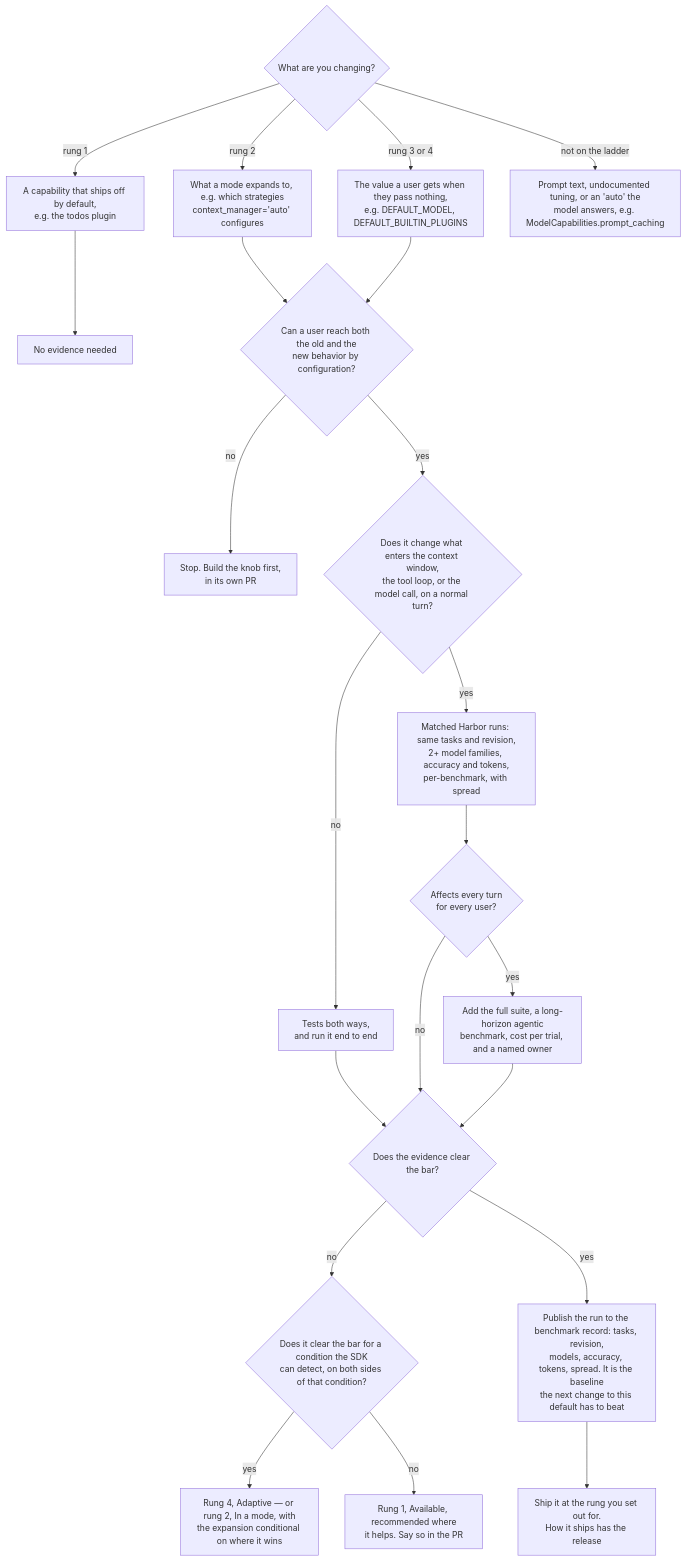
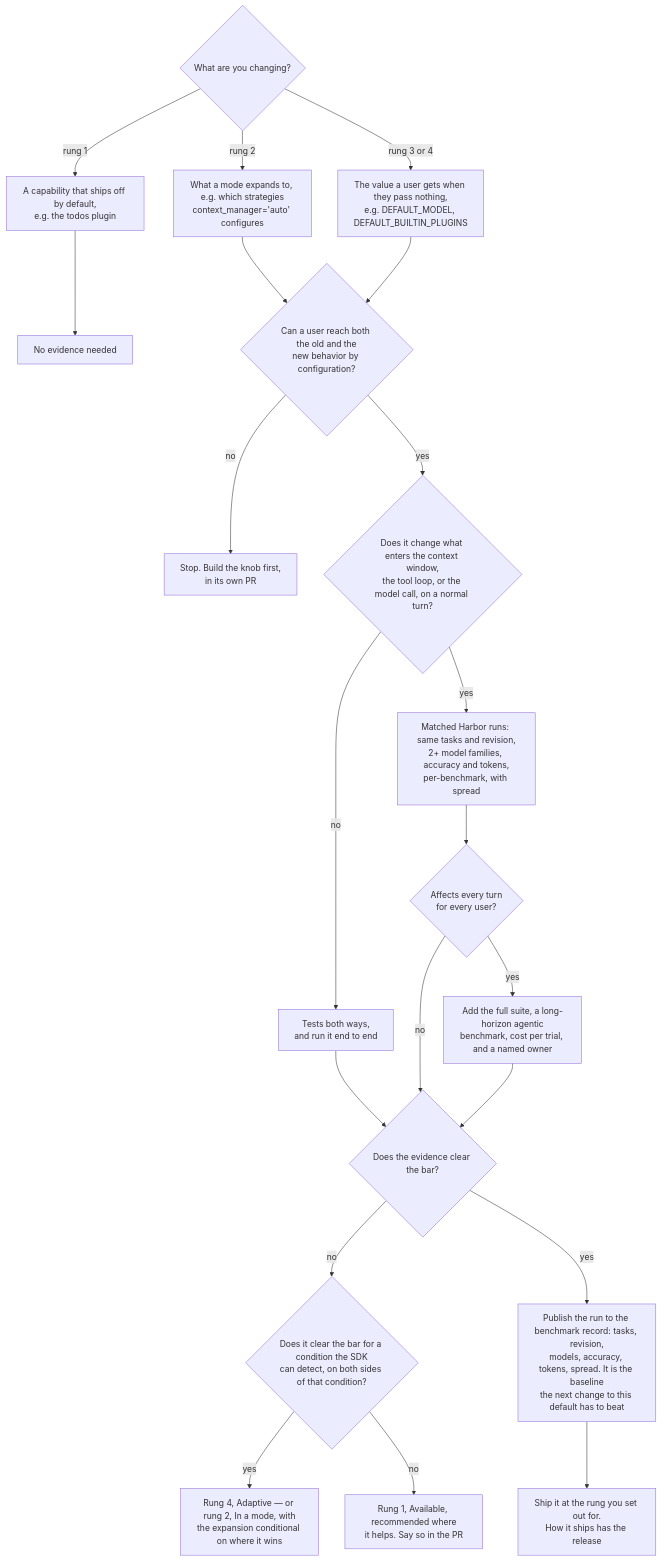
Before and after one commit to strands-agents/harness-sdk: the diagram in team/DEFAULTS.md, drawn with Mermaid. The commit also changed other lines of this file, not shown here.

Commit message:
docs(team): drop the not-on-the-ladder branch from the decision tree

````diff
--- a/team/DEFAULTS.md
+++ b/team/DEFAULTS.md
@@ -40,31 +40,30 @@
 ```mermaid
 flowchart TD
     A{"What are you changing?"}
     A -->|"rung 1"| A1["A capability that ships off by default,<br/>e.g. the todos plugin"]
     A1 --> A1b["No evidence needed"]
     A -->|"rung 2"| A2["What a mode expands to, e.g. which strategies<br/>context_manager='auto' configures"]
     A -->|"rung 3 or 4"| A3["The value a user gets when they pass nothing,<br/>e.g. DEFAULT_MODEL, DEFAULT_BUILTIN_PLUGINS"]
-    A -->|"not on the ladder"| A4["Prompt text, undocumented tuning, or an 'auto' the<br/>model answers, e.g. ModelCapabilities.prompt_caching"]
 
     A2 --> B
     A3 --> B
     B{"Can a user reach both the old and the<br/>new behavior by configuration?"}
     B -->|no| B1["Stop. Build the knob first,<br/>in its own PR"]
 
     B -->|yes| C{"Does it change what enters the context window,<br/>the tool loop, or the model call, on a normal turn?"}
     C -->|no| C1["Tests both ways,<br/>and run it end to end"]
     C -->|yes| C2["Matched Harbor runs: same tasks and revision,<br/>2+ model families, accuracy and tokens,<br/>per-benchmark, with spread"]
     C2 --> C3{"Affects every turn<br/>for every user?"}
     C3 -->|yes| C4["Add the full suite, a long-horizon agentic<br/>benchmark, cost per trial, and a named owner"]
     C1 --> D
     C3 -->|no| D
     C4 --> D
 
     D{"Does the evidence clear the bar?"}
     D -->|no| E{"Does it clear the bar for a condition the SDK<br/>can detect, on both sides of that condition?"}
     E -->|yes| E1["Rung 4, Adaptive — or rung 2, In a mode, with<br/>the expansion conditional on where it wins"]
     E -->|no| E2["Rung 1, Available, recommended where<br/>it helps. Say so in the PR"]
 
     D -->|yes| F["Publish the run to the benchmark record: tasks, revision,<br/>models, accuracy, tokens, spread. It is the baseline<br/>the next change to this default has to beat"]
     F --> G["Ship it at the rung you set out for.<br/>How it ships has the release"]
 ```
````
